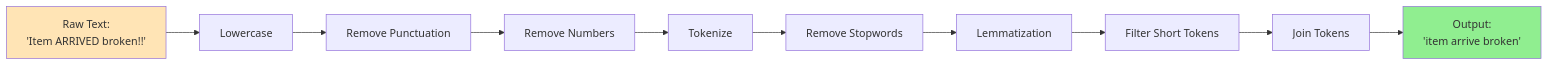
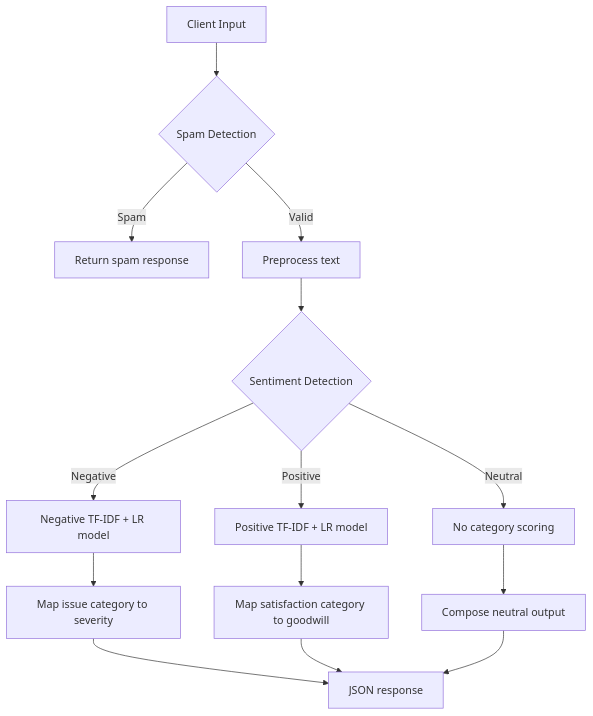
The first of 5 diagrams in Docs/PIPELINE_FLOW_DIAGRAM.md (Morbius00/Return-Intelligence-System-RIS-), drawn with Mermaid before and after one commit. The commit also changed other lines of this file and 11 other files, not shown here.

````diff
--- a/Docs/PIPELINE_FLOW_DIAGRAM.md
+++ b/Docs/PIPELINE_FLOW_DIAGRAM.md
@@ -26,15 +5,16 @@
 ```mermaid
-flowchart LR
-    A[Raw Text:<br/>'Item ARRIVED broken!!'] --> B[Lowercase]
-    B --> C[Remove Punctuation]
-    C --> D[Remove Numbers]
-    D --> E[Tokenize]
-    E --> F[Remove Stopwords]
-    F --> G[Lemmatization]
-    G --> H[Filter Short Tokens]
-    H --> I[Join Tokens]
-    I --> J[Output:<br/>'item arrive broken']
-    
-    style A fill:#FFE4B5
-    style J fill:#90EE90
+flowchart TD
+    A[Client Input] --> B{Spam Detection}
+    B -->|Spam| C[Return spam response]
+    B -->|Valid| D[Preprocess text]
+    D --> E{Sentiment Detection}
+    E -->|Negative| F[Negative TF-IDF + LR model]
+    E -->|Positive| G[Positive TF-IDF + LR model]
+    E -->|Neutral| H[No category scoring]
+    F --> I[Map issue category to severity]
+    G --> J[Map satisfaction category to goodwill]
+    H --> K[Compose neutral output]
+    I --> L[JSON response]
+    J --> L
+    K --> L
 ```
````
